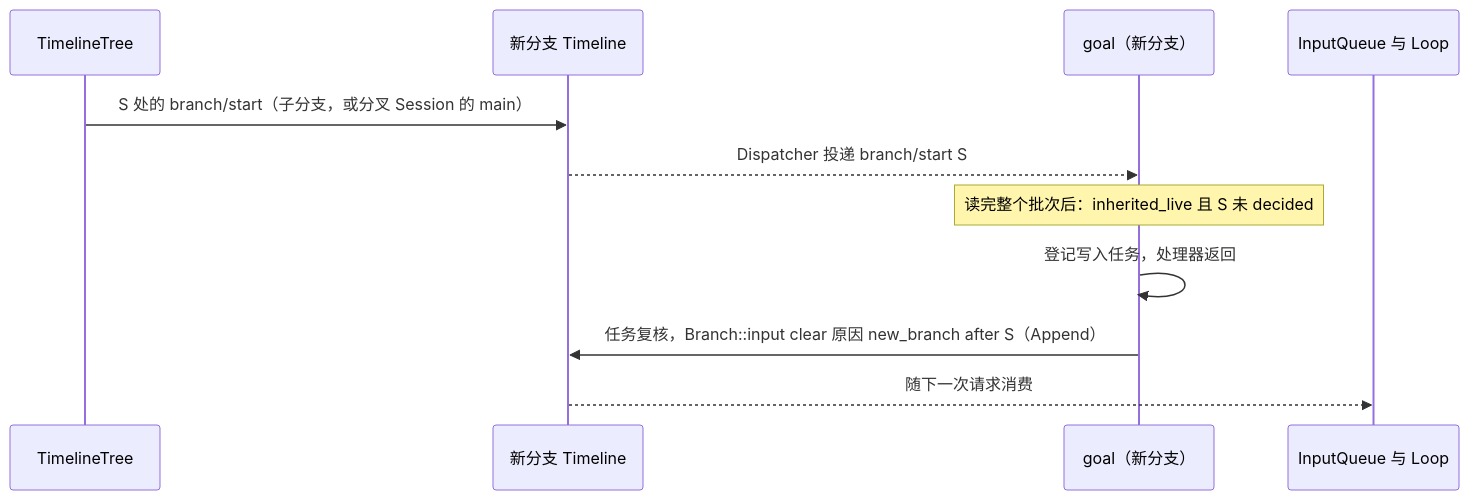
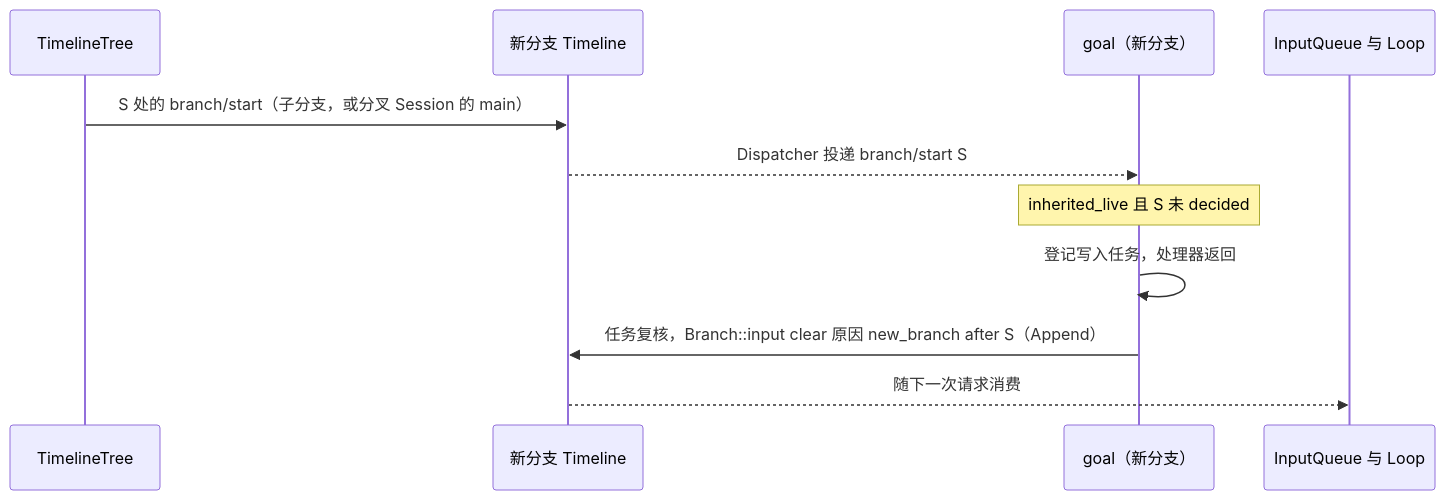
One commit to CoutinhoTTS/dim-agent changed the sixth of 7 diagrams in docs/zh/design/plugins/Goal.md. Above: the diagram before and after it, drawn with Mermaid. The commit also changed other lines of this file and 9 other files, not shown here.

````diff
--- a/docs/zh/design/plugins/Goal.md
+++ b/docs/zh/design/plugins/Goal.md
@@ -166,13 +166,13 @@
 ```mermaid
 sequenceDiagram
   participant TT as TimelineTree
   participant TL as 新分支 Timeline
   participant G as goal（新分支）
   participant IQ as InputQueue 与 Loop
   TT->>TL: S 处的 branch/start（子分支，或分叉 Session 的 main）
   TL-->>G: Dispatcher 投递 branch/start S
-  Note over G: 读完整个批次后：inherited_live 且 S 未 decided
+  Note over G: inherited_live 且 S 未 decided
   G->>G: 登记写入任务，处理器返回
   G->>TL: 任务复核，Branch::input clear 原因 new_branch after S（Append）
   TL-->>IQ: 随下一次请求消费
 ```
````
